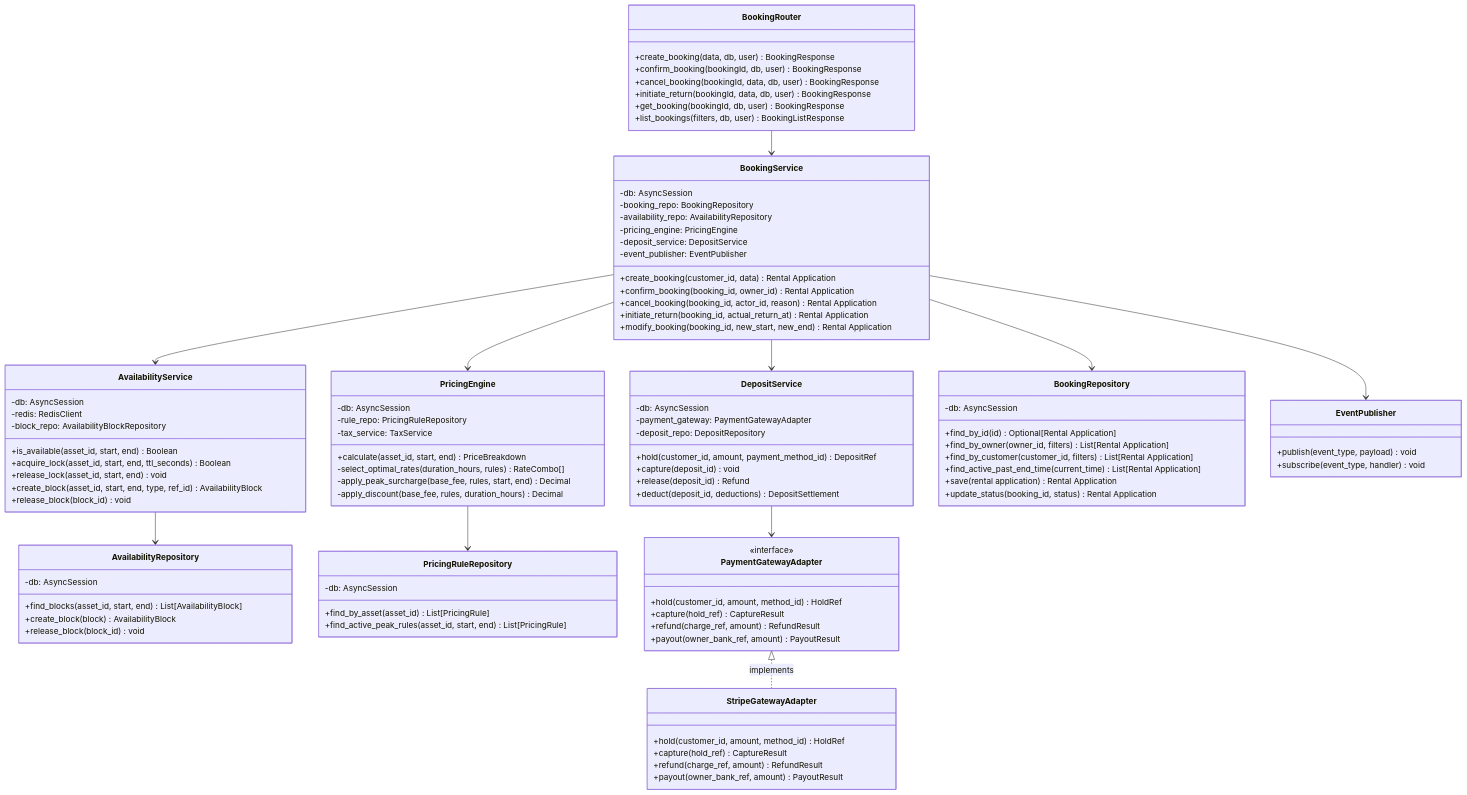
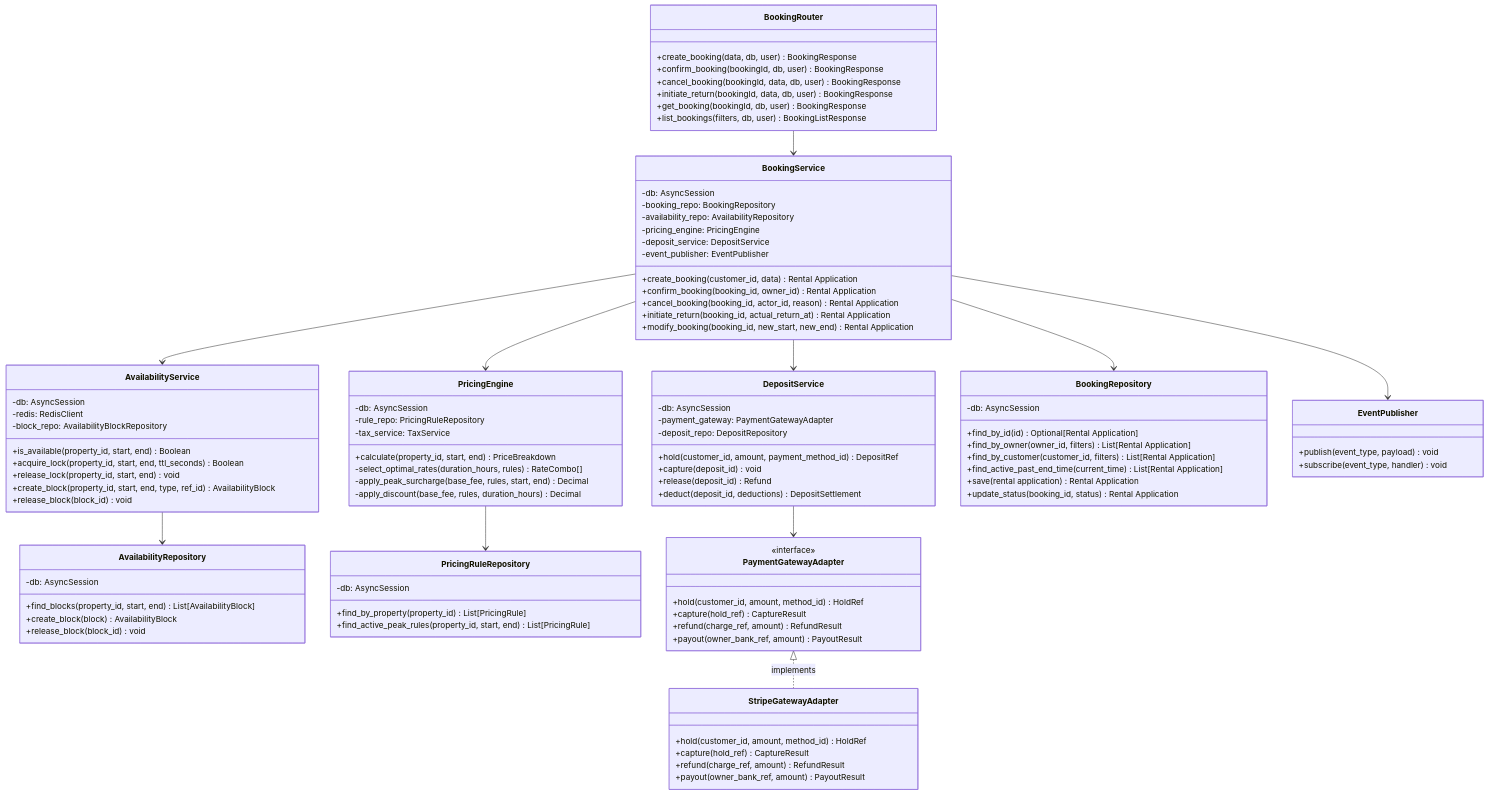
One commit to 0Ankit0/meroghar changed the first of 3 diagrams in docs/implementation/c4-code-diagram.md. Above: the diagram before and after it, drawn with Mermaid. The commit also changed other lines of this file and 13 other files, not shown here.

```diff
--- a/docs/implementation/c4-code-diagram.md
+++ b/docs/implementation/c4-code-diagram.md
@@ -36,7 +36,7 @@
         -db: AsyncSession
         -rule_repo: PricingRuleRepository
         -tax_service: TaxService
-        +calculate(asset_id, start, end) PriceBreakdown
+        +calculate(property_id, start, end) PriceBreakdown
         -select_optimal_rates(duration_hours, rules) RateCombo[]
         -apply_peak_surcharge(base_fee, rules, start, end) Decimal
         -apply_discount(base_fee, rules, duration_hours) Decimal
@@ -46,10 +46,10 @@
         -db: AsyncSession
         -redis: RedisClient
         -block_repo: AvailabilityBlockRepository
-        +is_available(asset_id, start, end) Boolean
-        +acquire_lock(asset_id, start, end, ttl_seconds) Boolean
-        +release_lock(asset_id, start, end) void
-        +create_block(asset_id, start, end, type, ref_id) AvailabilityBlock
+        +is_available(property_id, start, end) Boolean
+        +acquire_lock(property_id, start, end, ttl_seconds) Boolean
+        +release_lock(property_id, start, end) void
+        +create_block(property_id, start, end, type, ref_id) AvailabilityBlock
         +release_block(block_id) void
     }
 
@@ -75,15 +75,15 @@
 
     class AvailabilityRepository {
         -db: AsyncSession
-        +find_blocks(asset_id, start, end) List[AvailabilityBlock]
+        +find_blocks(property_id, start, end) List[AvailabilityBlock]
         +create_block(block) AvailabilityBlock
         +release_block(block_id) void
     }
 
     class PricingRuleRepository {
         -db: AsyncSession
-        +find_by_asset(asset_id) List[PricingRule]
-        +find_active_peak_rules(asset_id, start, end) List[PricingRule]
+        +find_by_property(property_id) List[PricingRule]
+        +find_active_peak_rules(property_id, start, end) List[PricingRule]
     }
 
     class EventPublisher {
```
